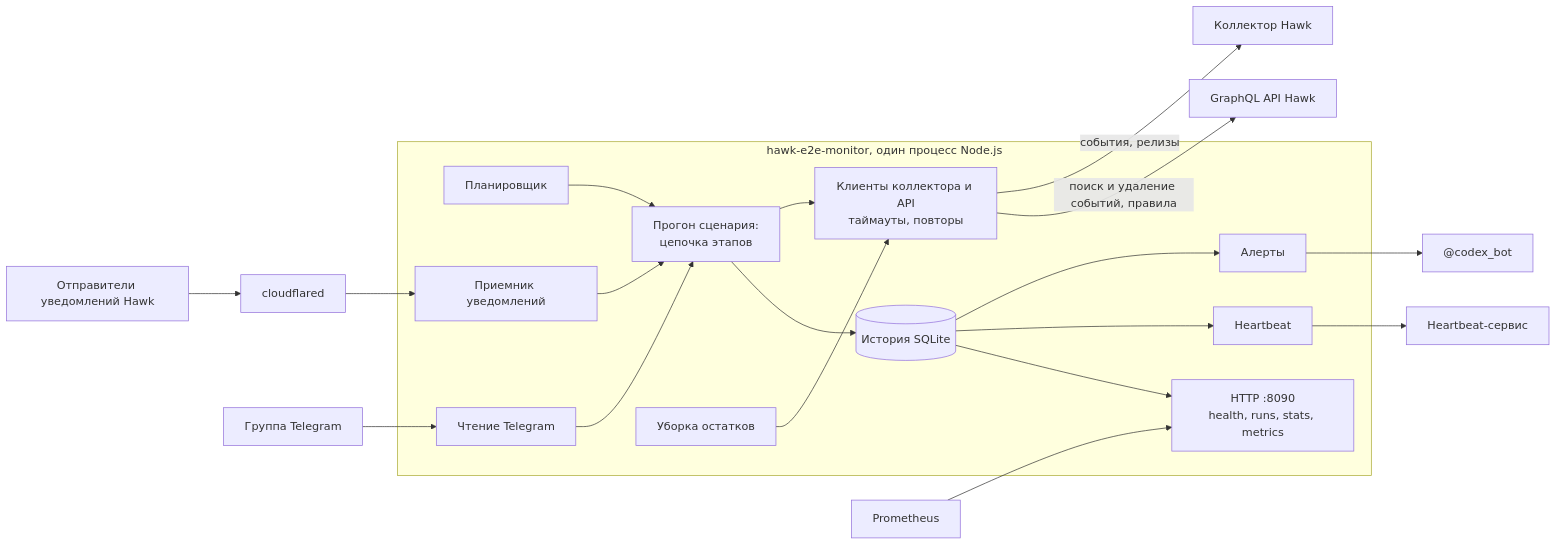
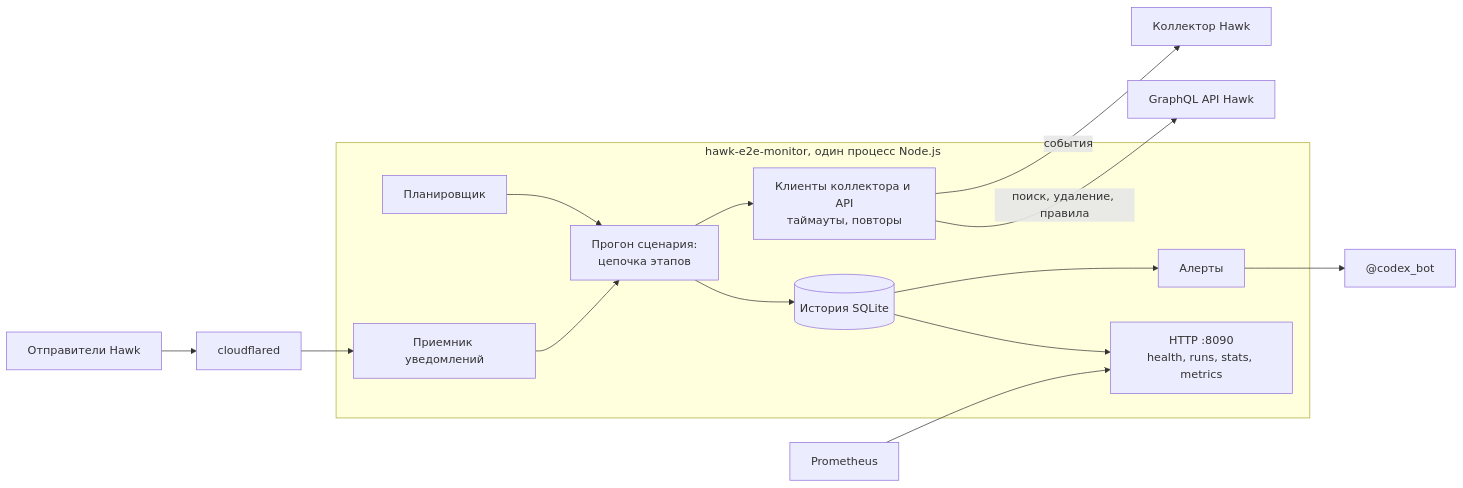
The first of 2 diagrams in README.md (wFeeL/hawk-e2e-monitor), drawn with Mermaid before and after one commit. The commit also changed other lines of this file, not shown here.

Commit message:
docs: shorten the readme and add drills, the run command and the telegram setup

````diff
--- a/README.md
+++ b/README.md
@@ -102,21 +131,16 @@
 ```mermaid
 flowchart LR
   subgraph mon["hawk-e2e-monitor, один процесс Node.js"]
     sched["Планировщик"] --> run["Прогон сценария:<br/>цепочка этапов"]
-    sweep["Уборка остатков"] --> cl
     run --> cl["Клиенты коллектора и API<br/>таймауты, повторы"]
     recv["Приемник уведомлений"] --> run
-    tg["Чтение Telegram"] --> run
     run --> db[("История SQLite")]
     db --> alert["Алерты"]
-    db --> hb["Heartbeat"]
     db --> http["HTTP :8090<br/>health, runs, stats, metrics"]
   end
-  cl -->|"события, релизы"| col["Коллектор Hawk"]
-  cl -->|"поиск и удаление событий, правила"| api["GraphQL API Hawk"]
-  snd["Отправители уведомлений Hawk"] --> cf["cloudflared"] --> recv
-  grp["Группа Telegram"] --> tg
+  cl -->|"события"| col["Коллектор Hawk"]
+  cl -->|"поиск, удаление, правила"| api["GraphQL API Hawk"]
+  snd["Отправители Hawk"] --> cf["cloudflared"] --> recv
   alert --> bot["@codex_bot"]
-  hb --> ext["Heartbeat-сервис"]
   prom["Prometheus"] --> http
 ```
````
